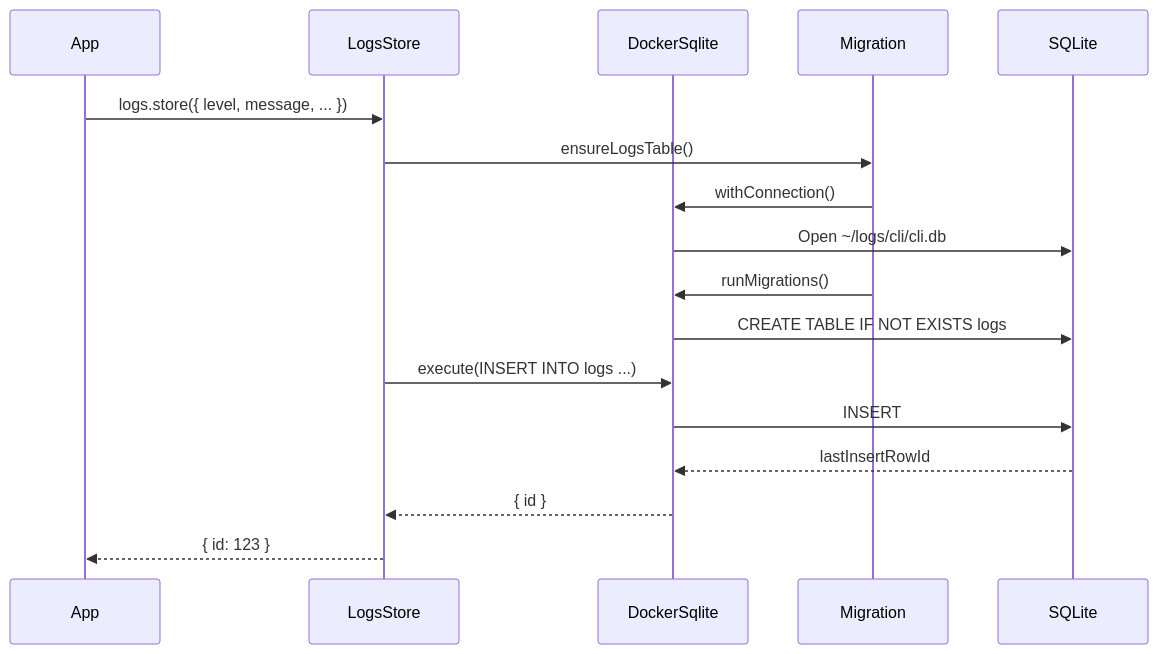
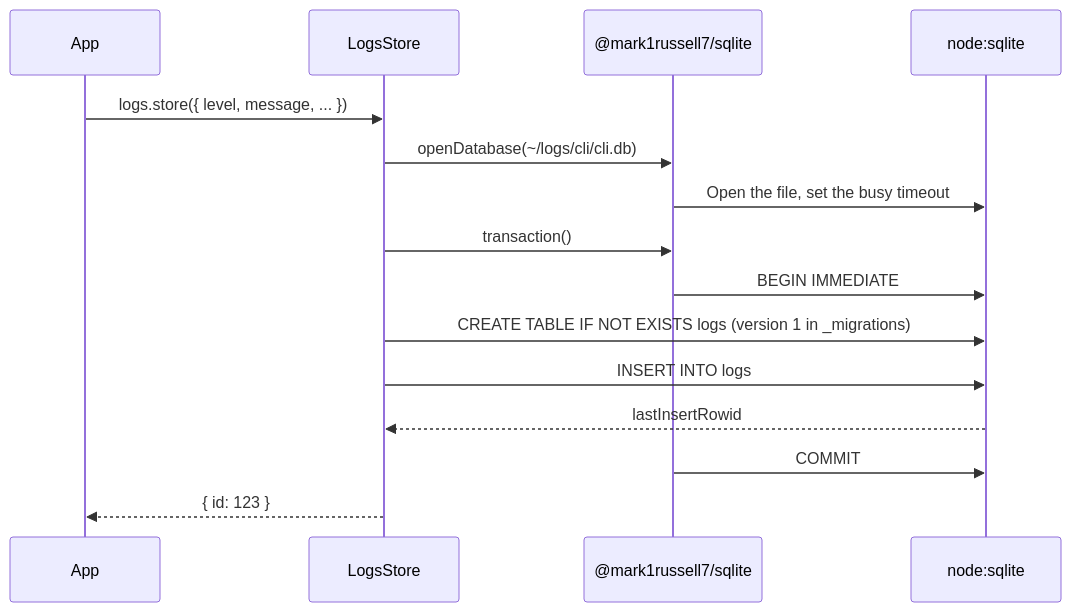
The third of 3 diagrams in packages/client-sqlite/README.md (mark1russell7/client), drawn with Mermaid before and after one commit. The commit also changed other lines of this file and 30 other files, not shown here.

First line of the commit message:
feat(sqlite)!: the procedures open the file through @mark1russell7/sqlite

````diff
--- a/packages/client-sqlite/README.md
+++ b/packages/client-sqlite/README.md
@@ -111,20 +111,18 @@
 ```mermaid
 sequenceDiagram
     participant App
     participant LogsStore
-    participant DockerSqlite
-    participant Migration
-    participant SQLite
+    participant Home as @mark1russell7/sqlite
+    participant SQLite as node:sqlite
 
     App->>LogsStore: logs.store({ level, message, ... })
-    LogsStore->>Migration: ensureLogsTable()
-    Migration->>DockerSqlite: withConnection()
-    DockerSqlite->>SQLite: Open ~/logs/cli/cli.db
-    Migration->>DockerSqlite: runMigrations()
-    DockerSqlite->>SQLite: CREATE TABLE IF NOT EXISTS logs
-    LogsStore->>DockerSqlite: execute(INSERT INTO logs ...)
-    DockerSqlite->>SQLite: INSERT
-    SQLite-->>DockerSqlite: lastInsertRowId
-    DockerSqlite-->>LogsStore: { id }
+    LogsStore->>Home: openDatabase(~/logs/cli/cli.db)
+    Home->>SQLite: Open the file, set the busy timeout
+    LogsStore->>Home: transaction()
+    Home->>SQLite: BEGIN IMMEDIATE
+    LogsStore->>SQLite: CREATE TABLE IF NOT EXISTS logs (version 1 in _migrations)
+    LogsStore->>SQLite: INSERT INTO logs
+    SQLite-->>LogsStore: lastInsertRowid
+    Home->>SQLite: COMMIT
     LogsStore-->>App: { id: 123 }
 ```
````
